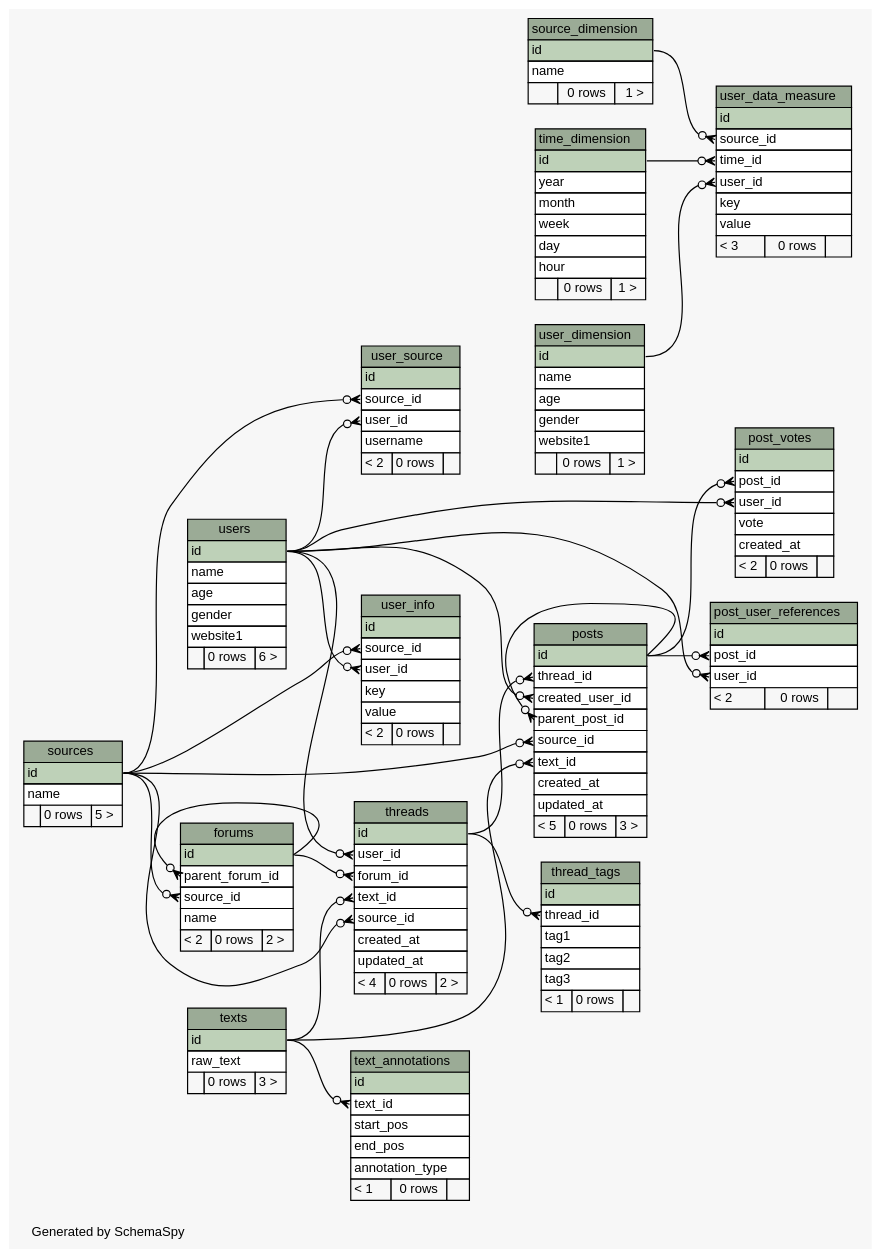
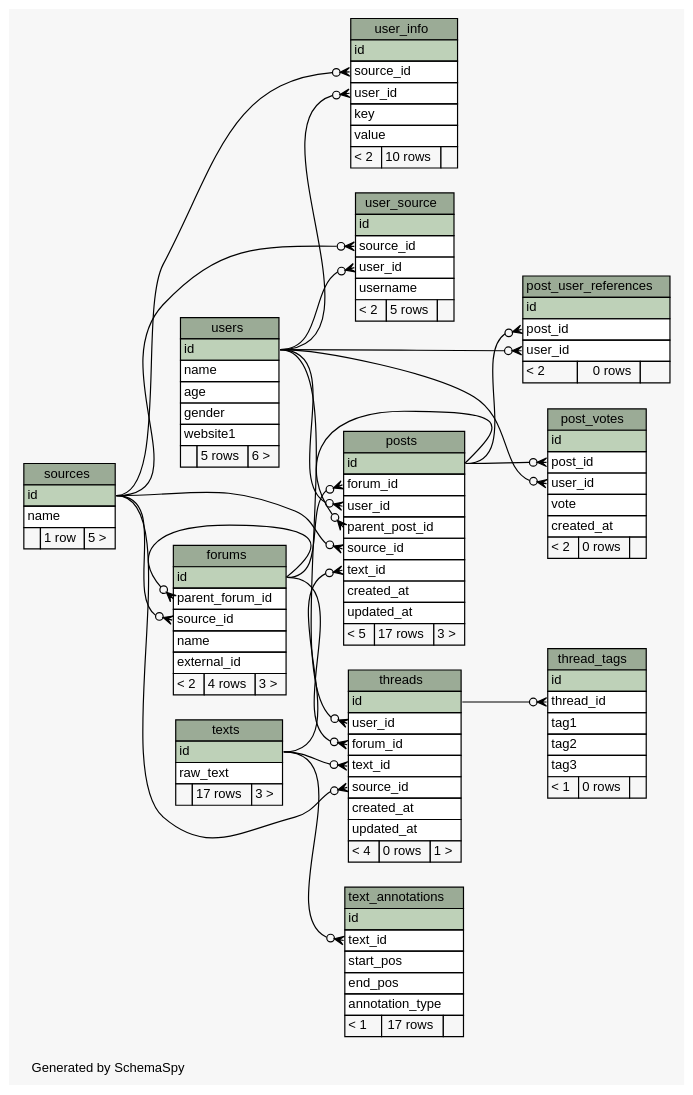
One commit to ryanaustincarlson/moocdb changed the diagram in schema/oltp/diagrams/summary/relationships.real.large.dot. Above: the diagram before and after it, drawn with Graphviz. The commit also changed 77 other files, not shown here.

Commit message:
updated oltp schema

```diff
--- a/schema/oltp/diagrams/summary/relationships.real.large.dot
+++ b/schema/oltp/diagrams/summary/relationships.real.large.dot
@@ -1,4 +1,4 @@
-// dot 2.34.0 on Mac OS X 10.8.3
+// dot 2.32.0 on Mac OS X 10.8.5
 // SchemaSpy rev 590
 digraph "largeRelationshipsDiagram" {
   graph [
@@ -27,7 +27,8 @@
       <TR><TD PORT="parent_forum_id" COLSPAN="3" ALIGN="LEFT">parent_forum_id</TD></TR>
       <TR><TD PORT="source_id" COLSPAN="3" ALIGN="LEFT">source_id</TD></TR>
       <TR><TD PORT="name" COLSPAN="3" ALIGN="LEFT">name</TD></TR>
-      <TR><TD ALIGN="LEFT" BGCOLOR="#f7f7f7">&lt; 2</TD><TD ALIGN="RIGHT" BGCOLOR="#f7f7f7">0 rows</TD><TD ALIGN="RIGHT" BGCOLOR="#f7f7f7">2 &gt;</TD></TR>
+      <TR><TD PORT="external_id" COLSPAN="3" ALIGN="LEFT">external_id</TD></TR>
+      <TR><TD ALIGN="LEFT" BGCOLOR="#f7f7f7">&lt; 2</TD><TD ALIGN="RIGHT" BGCOLOR="#f7f7f7">4 rows</TD><TD ALIGN="RIGHT" BGCOLOR="#f7f7f7">3 &gt;</TD></TR>
     </TABLE>>
     URL="tables/forums.html"
     tooltip="forums"
@@ -63,28 +64,17 @@
     <TABLE BORDER="0" CELLBORDER="1" CELLSPACING="0" BGCOLOR="#ffffff">
       <TR><TD COLSPAN="3" BGCOLOR="#9bab96" ALIGN="CENTER">posts</TD></TR>
       <TR><TD PORT="id" COLSPAN="3" BGCOLOR="#bed1b8" ALIGN="LEFT">id</TD></TR>
-      <TR><TD PORT="thread_id" COLSPAN="3" ALIGN="LEFT">thread_id</TD></TR>
-      <TR><TD PORT="created_user_id" COLSPAN="3" ALIGN="LEFT">created_user_id</TD></TR>
+      <TR><TD PORT="forum_id" COLSPAN="3" ALIGN="LEFT">forum_id</TD></TR>
+      <TR><TD PORT="user_id" COLSPAN="3" ALIGN="LEFT">user_id</TD></TR>
       <TR><TD PORT="parent_post_id" COLSPAN="3" ALIGN="LEFT">parent_post_id</TD></TR>
       <TR><TD PORT="source_id" COLSPAN="3" ALIGN="LEFT">source_id</TD></TR>
       <TR><TD PORT="text_id" COLSPAN="3" ALIGN="LEFT">text_id</TD></TR>
       <TR><TD PORT="created_at" COLSPAN="3" ALIGN="LEFT">created_at</TD></TR>
       <TR><TD PORT="updated_at" COLSPAN="3" ALIGN="LEFT">updated_at</TD></TR>
-      <TR><TD ALIGN="LEFT" BGCOLOR="#f7f7f7">&lt; 5</TD><TD ALIGN="RIGHT" BGCOLOR="#f7f7f7">0 rows</TD><TD ALIGN="RIGHT" BGCOLOR="#f7f7f7">3 &gt;</TD></TR>
+      <TR><TD ALIGN="LEFT" BGCOLOR="#f7f7f7">&lt; 5</TD><TD ALIGN="RIGHT" BGCOLOR="#f7f7f7">17 rows</TD><TD ALIGN="RIGHT" BGCOLOR="#f7f7f7">3 &gt;</TD></TR>
     </TABLE>>
     URL="tables/posts.html"
     tooltip="posts"
-  ];
-  "source_dimension" [
-    label=<
-    <TABLE BORDER="0" CELLBORDER="1" CELLSPACING="0" BGCOLOR="#ffffff">
-      <TR><TD COLSPAN="3" BGCOLOR="#9bab96" ALIGN="CENTER">source_dimension</TD></TR>
-      <TR><TD PORT="id" COLSPAN="3" BGCOLOR="#bed1b8" ALIGN="LEFT">id</TD></TR>
-      <TR><TD PORT="name" COLSPAN="3" ALIGN="LEFT">name</TD></TR>
-      <TR><TD ALIGN="LEFT" BGCOLOR="#f7f7f7">  </TD><TD ALIGN="RIGHT" BGCOLOR="#f7f7f7">0 rows</TD><TD ALIGN="RIGHT" BGCOLOR="#f7f7f7">1 &gt;</TD></TR>
-    </TABLE>>
-    URL="tables/source_dimension.html"
-    tooltip="source_dimension"
   ];
   "sources" [
     label=<
@@ -92,7 +82,7 @@
       <TR><TD COLSPAN="3" BGCOLOR="#9bab96" ALIGN="CENTER">sources</TD></TR>
       <TR><TD PORT="id" COLSPAN="3" BGCOLOR="#bed1b8" ALIGN="LEFT">id</TD></TR>
       <TR><TD PORT="name" COLSPAN="3" ALIGN="LEFT">name</TD></TR>
-      <TR><TD ALIGN="LEFT" BGCOLOR="#f7f7f7">  </TD><TD ALIGN="RIGHT" BGCOLOR="#f7f7f7">0 rows</TD><TD ALIGN="RIGHT" BGCOLOR="#f7f7f7">5 &gt;</TD></TR>
+      <TR><TD ALIGN="LEFT" BGCOLOR="#f7f7f7">  </TD><TD ALIGN="RIGHT" BGCOLOR="#f7f7f7">1 row</TD><TD ALIGN="RIGHT" BGCOLOR="#f7f7f7">5 &gt;</TD></TR>
     </TABLE>>
     URL="tables/sources.html"
     tooltip="sources"
@@ -106,7 +96,7 @@
       <TR><TD PORT="start_pos" COLSPAN="3" ALIGN="LEFT">start_pos</TD></TR>
       <TR><TD PORT="end_pos" COLSPAN="3" ALIGN="LEFT">end_pos</TD></TR>
       <TR><TD PORT="annotation_type" COLSPAN="3" ALIGN="LEFT">annotation_type</TD></TR>
-      <TR><TD ALIGN="LEFT" BGCOLOR="#f7f7f7">&lt; 1</TD><TD ALIGN="RIGHT" BGCOLOR="#f7f7f7">0 rows</TD><TD ALIGN="RIGHT" BGCOLOR="#f7f7f7">  </TD></TR>
+      <TR><TD ALIGN="LEFT" BGCOLOR="#f7f7f7">&lt; 1</TD><TD ALIGN="RIGHT" BGCOLOR="#f7f7f7">17 rows</TD><TD ALIGN="RIGHT" BGCOLOR="#f7f7f7">  </TD></TR>
     </TABLE>>
     URL="tables/text_annotations.html"
     tooltip="text_annotations"
@@ -117,7 +107,7 @@
       <TR><TD COLSPAN="3" BGCOLOR="#9bab96" ALIGN="CENTER">texts</TD></TR>
       <TR><TD PORT="id" COLSPAN="3" BGCOLOR="#bed1b8" ALIGN="LEFT">id</TD></TR>
       <TR><TD PORT="raw_text" COLSPAN="3" ALIGN="LEFT">raw_text</TD></TR>
-      <TR><TD ALIGN="LEFT" BGCOLOR="#f7f7f7">  </TD><TD ALIGN="RIGHT" BGCOLOR="#f7f7f7">0 rows</TD><TD ALIGN="RIGHT" BGCOLOR="#f7f7f7">3 &gt;</TD></TR>
+      <TR><TD ALIGN="LEFT" BGCOLOR="#f7f7f7">  </TD><TD ALIGN="RIGHT" BGCOLOR="#f7f7f7">17 rows</TD><TD ALIGN="RIGHT" BGCOLOR="#f7f7f7">3 &gt;</TD></TR>
     </TABLE>>
     URL="tables/texts.html"
     tooltip="texts"
@@ -147,54 +137,10 @@
       <TR><TD PORT="source_id" COLSPAN="3" ALIGN="LEFT">source_id</TD></TR>
       <TR><TD PORT="created_at" COLSPAN="3" ALIGN="LEFT">created_at</TD></TR>
       <TR><TD PORT="updated_at" COLSPAN="3" ALIGN="LEFT">updated_at</TD></TR>
-      <TR><TD ALIGN="LEFT" BGCOLOR="#f7f7f7">&lt; 4</TD><TD ALIGN="RIGHT" BGCOLOR="#f7f7f7">0 rows</TD><TD ALIGN="RIGHT" BGCOLOR="#f7f7f7">2 &gt;</TD></TR>
+      <TR><TD ALIGN="LEFT" BGCOLOR="#f7f7f7">&lt; 4</TD><TD ALIGN="RIGHT" BGCOLOR="#f7f7f7">0 rows</TD><TD ALIGN="RIGHT" BGCOLOR="#f7f7f7">1 &gt;</TD></TR>
     </TABLE>>
     URL="tables/threads.html"
     tooltip="threads"
-  ];
-  "time_dimension" [
-    label=<
-    <TABLE BORDER="0" CELLBORDER="1" CELLSPACING="0" BGCOLOR="#ffffff">
-      <TR><TD COLSPAN="3" BGCOLOR="#9bab96" ALIGN="CENTER">time_dimension</TD></TR>
-      <TR><TD PORT="id" COLSPAN="3" BGCOLOR="#bed1b8" ALIGN="LEFT">id</TD></TR>
-      <TR><TD PORT="year" COLSPAN="3" ALIGN="LEFT">year</TD></TR>
-      <TR><TD PORT="month" COLSPAN="3" ALIGN="LEFT">month</TD></TR>
-      <TR><TD PORT="week" COLSPAN="3" ALIGN="LEFT">week</TD></TR>
-      <TR><TD PORT="day" COLSPAN="3" ALIGN="LEFT">day</TD></TR>
-      <TR><TD PORT="hour" COLSPAN="3" ALIGN="LEFT">hour</TD></TR>
-      <TR><TD ALIGN="LEFT" BGCOLOR="#f7f7f7">  </TD><TD ALIGN="RIGHT" BGCOLOR="#f7f7f7">0 rows</TD><TD ALIGN="RIGHT" BGCOLOR="#f7f7f7">1 &gt;</TD></TR>
-    </TABLE>>
-    URL="tables/time_dimension.html"
-    tooltip="time_dimension"
-  ];
-  "user_data_measure" [
-    label=<
-    <TABLE BORDER="0" CELLBORDER="1" CELLSPACING="0" BGCOLOR="#ffffff">
-      <TR><TD COLSPAN="3" BGCOLOR="#9bab96" ALIGN="CENTER">user_data_measure</TD></TR>
-      <TR><TD PORT="id" COLSPAN="3" BGCOLOR="#bed1b8" ALIGN="LEFT">id</TD></TR>
-      <TR><TD PORT="source_id" COLSPAN="3" ALIGN="LEFT">source_id</TD></TR>
-      <TR><TD PORT="time_id" COLSPAN="3" ALIGN="LEFT">time_id</TD></TR>
-      <TR><TD PORT="user_id" COLSPAN="3" ALIGN="LEFT">user_id</TD></TR>
-      <TR><TD PORT="key" COLSPAN="3" ALIGN="LEFT">key</TD></TR>
-      <TR><TD PORT="value" COLSPAN="3" ALIGN="LEFT">value</TD></TR>
-      <TR><TD ALIGN="LEFT" BGCOLOR="#f7f7f7">&lt; 3</TD><TD ALIGN="RIGHT" BGCOLOR="#f7f7f7">0 rows</TD><TD ALIGN="RIGHT" BGCOLOR="#f7f7f7">  </TD></TR>
-    </TABLE>>
-    URL="tables/user_data_measure.html"
-    tooltip="user_data_measure"
-  ];
-  "user_dimension" [
-    label=<
-    <TABLE BORDER="0" CELLBORDER="1" CELLSPACING="0" BGCOLOR="#ffffff">
-      <TR><TD COLSPAN="3" BGCOLOR="#9bab96" ALIGN="CENTER">user_dimension</TD></TR>
-      <TR><TD PORT="id" COLSPAN="3" BGCOLOR="#bed1b8" ALIGN="LEFT">id</TD></TR>
-      <TR><TD PORT="name" COLSPAN="3" ALIGN="LEFT">name</TD></TR>
-      <TR><TD PORT="age" COLSPAN="3" ALIGN="LEFT">age</TD></TR>
-      <TR><TD PORT="gender" COLSPAN="3" ALIGN="LEFT">gender</TD></TR>
-      <TR><TD PORT="website1" COLSPAN="3" ALIGN="LEFT">website1</TD></TR>
-      <TR><TD ALIGN="LEFT" BGCOLOR="#f7f7f7">  </TD><TD ALIGN="RIGHT" BGCOLOR="#f7f7f7">0 rows</TD><TD ALIGN="RIGHT" BGCOLOR="#f7f7f7">1 &gt;</TD></TR>
-    </TABLE>>
-    URL="tables/user_dimension.html"
-    tooltip="user_dimension"
   ];
   "user_info" [
     label=<
@@ -205,7 +151,7 @@
       <TR><TD PORT="user_id" COLSPAN="3" ALIGN="LEFT">user_id</TD></TR>
       <TR><TD PORT="key" COLSPAN="3" ALIGN="LEFT">key</TD></TR>
       <TR><TD PORT="value" COLSPAN="3" ALIGN="LEFT">value</TD></TR>
-      <TR><TD ALIGN="LEFT" BGCOLOR="#f7f7f7">&lt; 2</TD><TD ALIGN="RIGHT" BGCOLOR="#f7f7f7">0 rows</TD><TD ALIGN="RIGHT" BGCOLOR="#f7f7f7">  </TD></TR>
+      <TR><TD ALIGN="LEFT" BGCOLOR="#f7f7f7">&lt; 2</TD><TD ALIGN="RIGHT" BGCOLOR="#f7f7f7">10 rows</TD><TD ALIGN="RIGHT" BGCOLOR="#f7f7f7">  </TD></TR>
     </TABLE>>
     URL="tables/user_info.html"
     tooltip="user_info"
@@ -218,7 +164,7 @@
       <TR><TD PORT="source_id" COLSPAN="3" ALIGN="LEFT">source_id</TD></TR>
       <TR><TD PORT="user_id" COLSPAN="3" ALIGN="LEFT">user_id</TD></TR>
       <TR><TD PORT="username" COLSPAN="3" ALIGN="LEFT">username</TD></TR>
-      <TR><TD ALIGN="LEFT" BGCOLOR="#f7f7f7">&lt; 2</TD><TD ALIGN="RIGHT" BGCOLOR="#f7f7f7">0 rows</TD><TD ALIGN="RIGHT" BGCOLOR="#f7f7f7">  </TD></TR>
+      <TR><TD ALIGN="LEFT" BGCOLOR="#f7f7f7">&lt; 2</TD><TD ALIGN="RIGHT" BGCOLOR="#f7f7f7">5 rows</TD><TD ALIGN="RIGHT" BGCOLOR="#f7f7f7">  </TD></TR>
     </TABLE>>
     URL="tables/user_source.html"
     tooltip="user_source"
@@ -232,7 +178,7 @@
       <TR><TD PORT="age" COLSPAN="3" ALIGN="LEFT">age</TD></TR>
       <TR><TD PORT="gender" COLSPAN="3" ALIGN="LEFT">gender</TD></TR>
       <TR><TD PORT="website1" COLSPAN="3" ALIGN="LEFT">website1</TD></TR>
-      <TR><TD ALIGN="LEFT" BGCOLOR="#f7f7f7">  </TD><TD ALIGN="RIGHT" BGCOLOR="#f7f7f7">0 rows</TD><TD ALIGN="RIGHT" BGCOLOR="#f7f7f7">6 &gt;</TD></TR>
+      <TR><TD ALIGN="LEFT" BGCOLOR="#f7f7f7">  </TD><TD ALIGN="RIGHT" BGCOLOR="#f7f7f7">5 rows</TD><TD ALIGN="RIGHT" BGCOLOR="#f7f7f7">6 &gt;</TD></TR>
     </TABLE>>
     URL="tables/users.html"
     tooltip="users"
@@ -243,20 +189,17 @@
   "post_user_references":"user_id":w -> "users":"id":e [arrowhead=none dir=back arrowtail=crowodot];
   "post_votes":"post_id":w -> "posts":"id":e [arrowhead=none dir=back arrowtail=crowodot];
   "post_votes":"user_id":w -> "users":"id":e [arrowhead=none dir=back arrowtail=crowodot];
-  "posts":"created_user_id":w -> "users":"id":e [arrowhead=none dir=back arrowtail=crowodot];
+  "posts":"forum_id":w -> "forums":"id":e [arrowhead=none dir=back arrowtail=crowodot];
   "posts":"parent_post_id":w -> "posts":"id":e [arrowhead=none dir=back arrowtail=crowodot];
   "posts":"source_id":w -> "sources":"id":e [arrowhead=none dir=back arrowtail=crowodot];
   "posts":"text_id":w -> "texts":"id":e [arrowhead=none dir=back arrowtail=crowodot];
-  "posts":"thread_id":w -> "threads":"id":e [arrowhead=none dir=back arrowtail=crowodot];
+  "posts":"user_id":w -> "users":"id":e [arrowhead=none dir=back arrowtail=crowodot];
   "text_annotations":"text_id":w -> "texts":"id":e [arrowhead=none dir=back arrowtail=crowodot];
   "thread_tags":"thread_id":w -> "threads":"id":e [arrowhead=none dir=back arrowtail=crowodot];
   "threads":"forum_id":w -> "forums":"id":e [arrowhead=none dir=back arrowtail=crowodot];
   "threads":"source_id":w -> "sources":"id":e [arrowhead=none dir=back arrowtail=crowodot];
   "threads":"text_id":w -> "texts":"id":e [arrowhead=none dir=back arrowtail=crowodot];
   "threads":"user_id":w -> "users":"id":e [arrowhead=none dir=back arrowtail=crowodot];
-  "user_data_measure":"source_id":w -> "source_dimension":"id":e [arrowhead=none dir=back arrowtail=crowodot];
-  "user_data_measure":"time_id":w -> "time_dimension":"id":e [arrowhead=none dir=back arrowtail=crowodot];
-  "user_data_measure":"user_id":w -> "user_dimension":"id":e [arrowhead=none dir=back arrowtail=crowodot];
   "user_info":"source_id":w -> "sources":"id":e [arrowhead=none dir=back arrowtail=crowodot];
   "user_info":"user_id":w -> "users":"id":e [arrowhead=none dir=back arrowtail=crowodot];
   "user_source":"source_id":w -> "sources":"id":e [arrowhead=none dir=back arrowtail=crowodot];
```
